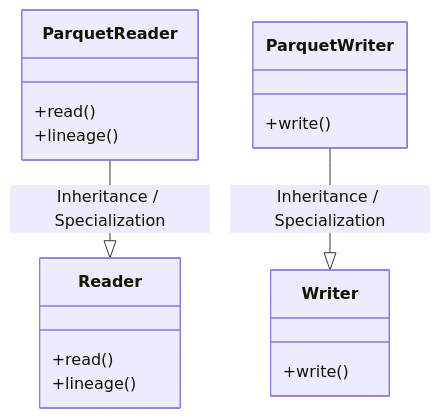
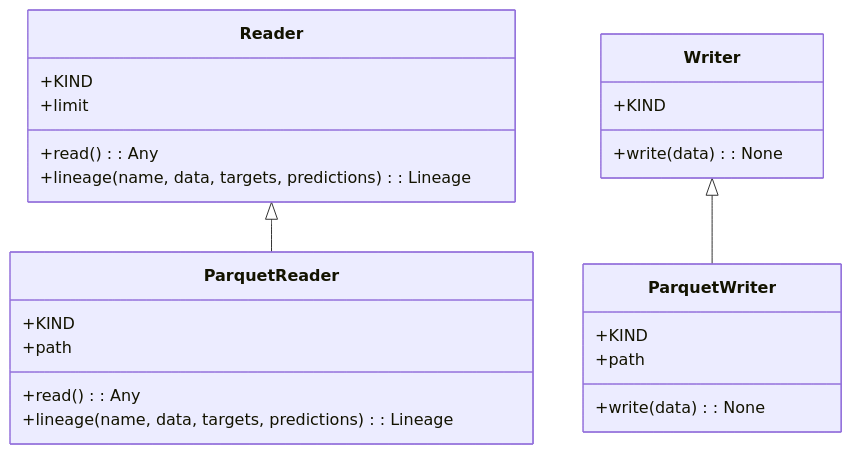
One commit to lgcorzo/mlops-python-package changed the first of 4 diagrams in openwiki/src/regression_model_template/io/datasets.md. Above: the diagram before and after it, drawn with Mermaid. The commit also changed other lines of this file and 91 other files, not shown here.

````diff
--- a/openwiki/src/regression_model_template/io/datasets.md
+++ b/openwiki/src/regression_model_template/io/datasets.md
@@ -20,20 +21,26 @@
 ```mermaid
 classDiagram
-    direction BT
     class Reader {
-        +read()
-        +lineage()
+        +KIND
+        +limit
+        +read() : Any
+        +lineage(name, data, targets, predictions) : Lineage
     }
     class ParquetReader {
-        +read()
-        +lineage()
+        +KIND
+        +path
+        +read() : Any
+        +lineage(name, data, targets, predictions) : Lineage
     }
-    Reader <|-- ParquetReader : Inheritance / Specialization
+    Reader <|-- ParquetReader
     class Writer {
-        +write()
+        +KIND
+        +write(data) : None
     }
     class ParquetWriter {
-        +write()
+        +KIND
+        +path
+        +write(data) : None
     }
-    Writer <|-- ParquetWriter : Inheritance / Specialization
+    Writer <|-- ParquetWriter
 ```
````
